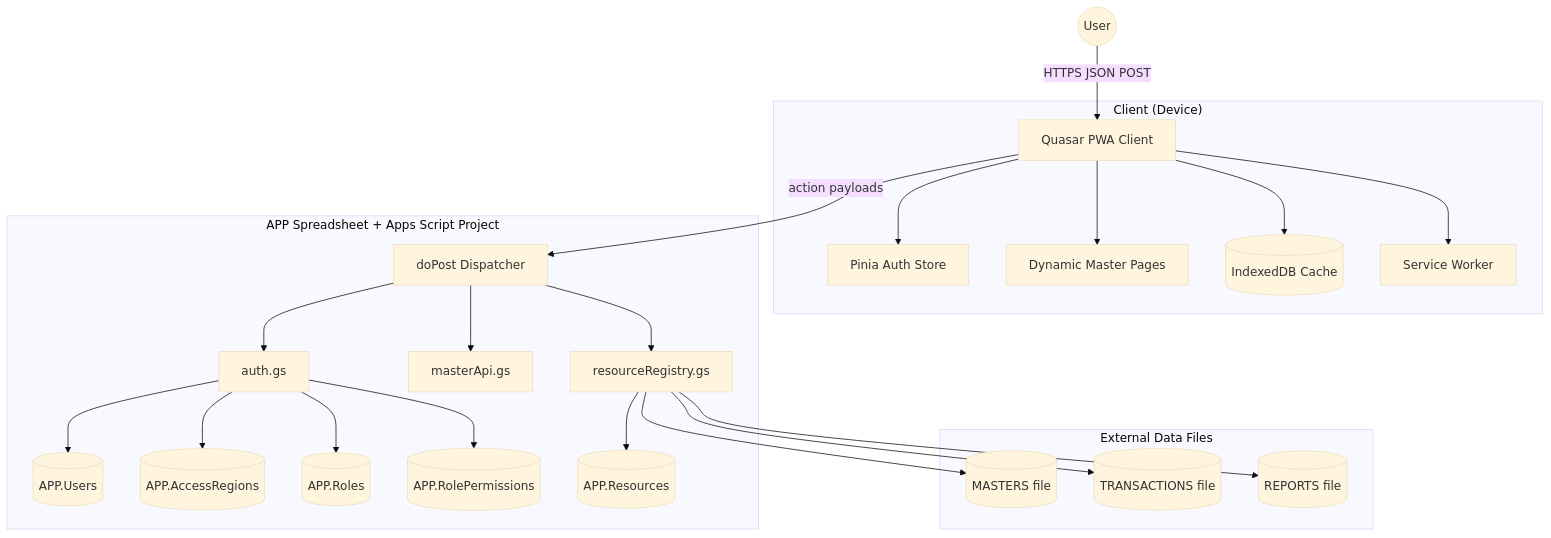
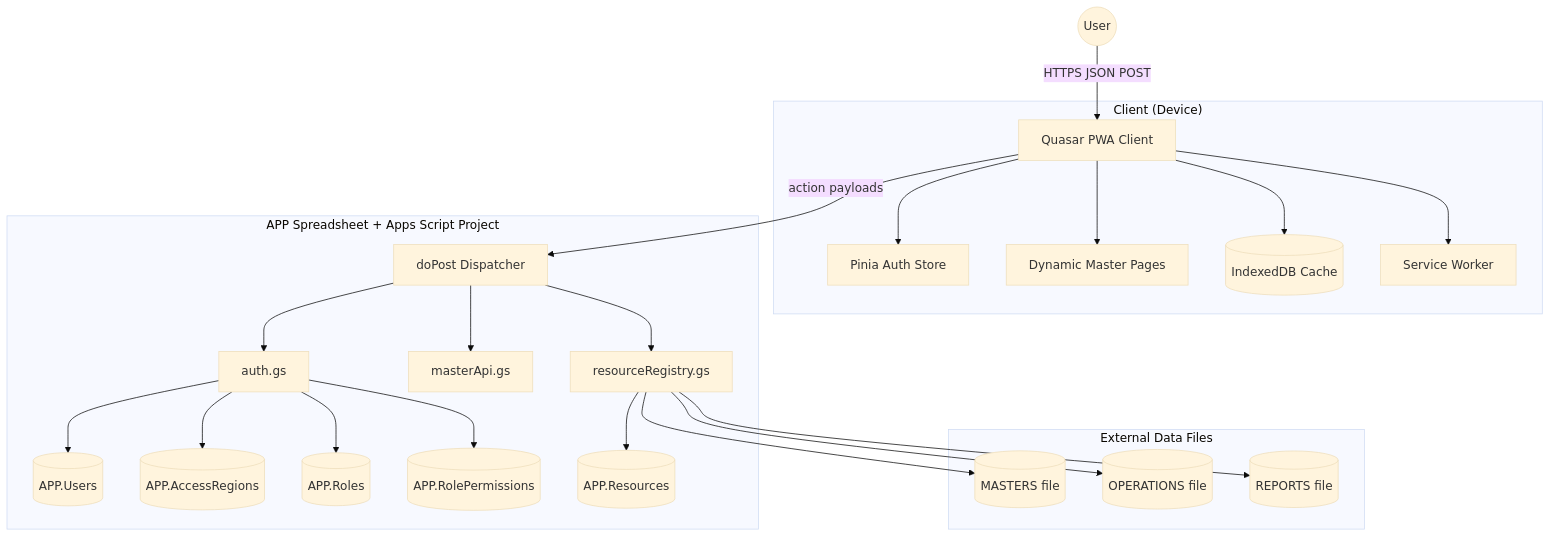
One commit to firumon/little-leap-aql changed the diagram in Documents/Architecture.md. Above: the diagram before and after it, drawn with Mermaid (base theme). The commit also changed 42 other files, not shown here.

````diff
--- a/Documents/Architecture.md
+++ b/Documents/Architecture.md
@@ -5,29 +5,29 @@
 ```mermaid
 graph TD
     User((User)) -->|HTTPS JSON POST| PWA[Quasar PWA Client]
 
     subgraph "Client (Device)"
         PWA --> AuthStore[Pinia Auth Store]
         PWA --> MasterPages[Dynamic Master Pages]
         PWA --> IDB[(IndexedDB Cache)]
         PWA --> SW[Service Worker]
     end
 
     subgraph "APP Spreadsheet + Apps Script Project"
         PWA -->|action payloads| GAS[doPost Dispatcher]
         GAS --> AUTH[auth.gs]
         GAS --> MASTER[masterApi.gs]
         GAS --> REGISTRY[resourceRegistry.gs]
         AUTH --> USERS[(APP.Users)]
         AUTH --> ACCESSREG[(APP.AccessRegions)]
         AUTH --> ROLES[(APP.Roles)]
         AUTH --> ROLEPERM[(APP.RolePermissions)]
         REGISTRY --> RESOURCES[(APP.Resources)]
     end
 
     subgraph "External Data Files"
         REGISTRY --> MASTERS[(MASTERS file)]
-        REGISTRY --> TRANS[(TRANSACTIONS file)]
+        REGISTRY --> TRANS[(OPERATIONS file)]
         REGISTRY --> REPORTS[(REPORTS file)]
     end
 ```
````
